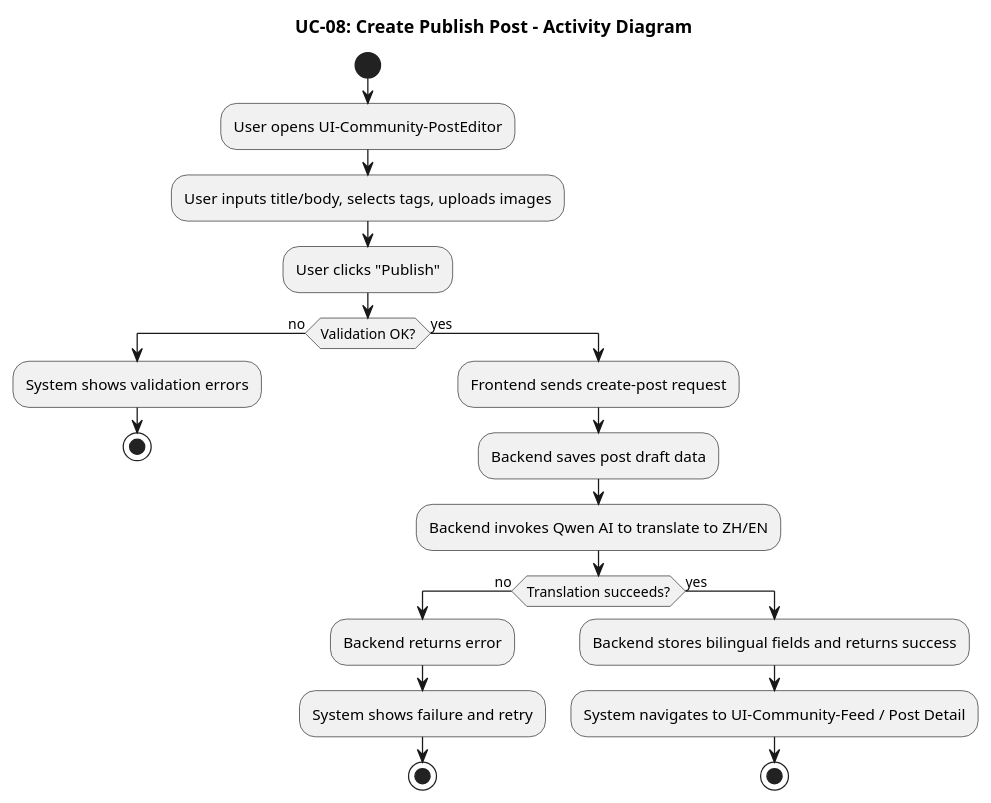
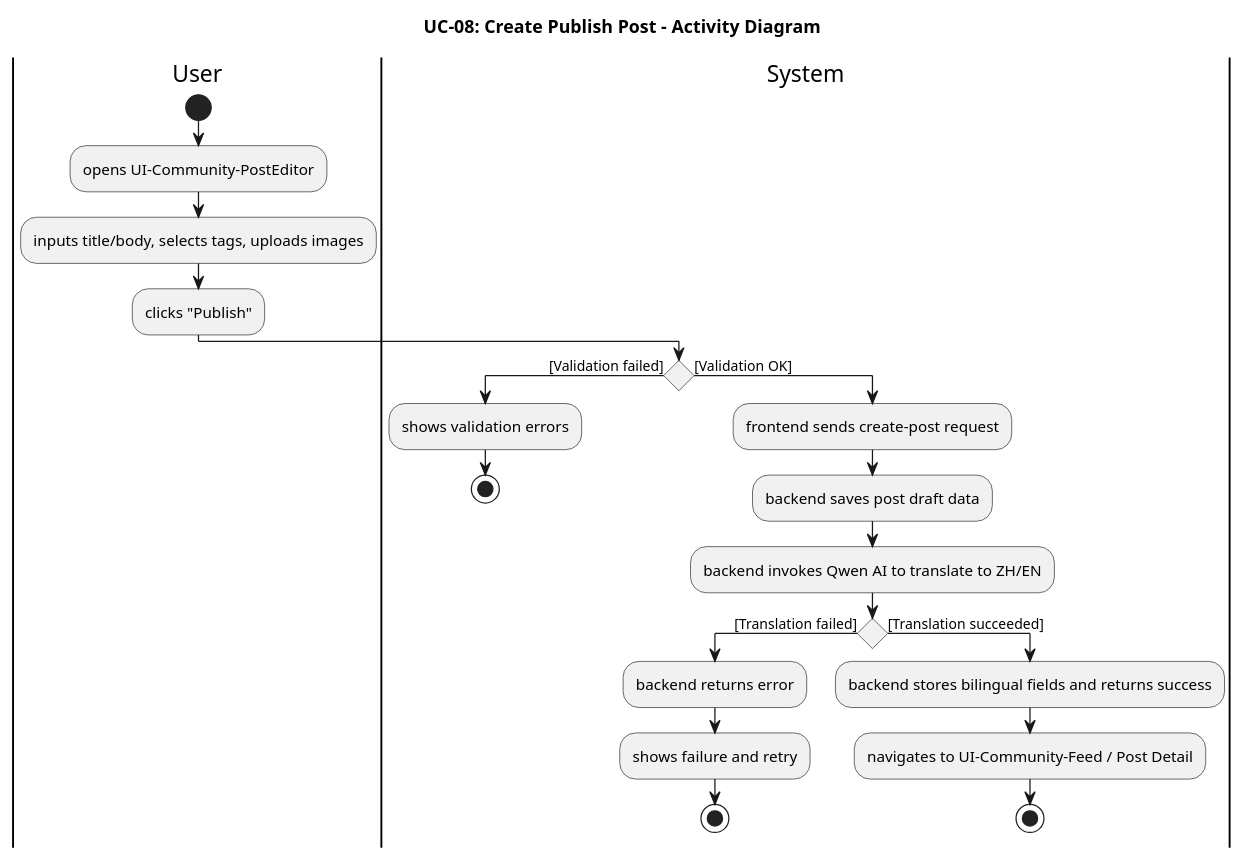
One commit to pzyllll/BridgeU changed the tenth of 27 diagrams in springboot-backend/BridgeU-SRS.md. Above: the diagram before and after it, drawn with PlantUML. The commit also changed other lines of this file and 5 other files, not shown here.

````diff
--- a/springboot-backend/BridgeU-SRS.md
+++ b/springboot-backend/BridgeU-SRS.md
@@ -1504,27 +1621,31 @@
 ```plantuml
 @startuml UC08_Activity_Diagram
 title UC-08: Create Publish Post - Activity Diagram
 
+|User|
 start
-:User opens UI-Community-PostEditor;
-:User inputs title/body, selects tags, uploads images;
-:User clicks "Publish";
-if (Validation OK?) then (no)
-  :System shows validation errors;
+:opens UI-Community-PostEditor;
+:inputs title/body, selects tags, uploads images;
+:clicks "Publish";
+
+|System|
+if () then ([Validation failed])
+  :shows validation errors;
   stop
-else (yes)
-  :Frontend sends create-post request;
-  :Backend saves post draft data;
-  :Backend invokes Qwen AI to translate to ZH/EN;
-  if (Translation succeeds?) then (no)
-    :Backend returns error;
-    :System shows failure and retry;
+else ([Validation OK])
+  :frontend sends create-post request;
+  :backend saves post draft data;
+  :backend invokes Qwen AI to translate to ZH/EN;
+  
+  if () then ([Translation failed])
+    :backend returns error;
+    :shows failure and retry;
     stop
-  else (yes)
-    :Backend stores bilingual fields and returns success;
-    :System navigates to UI-Community-Feed / Post Detail;
+  else ([Translation succeeded])
+    :backend stores bilingual fields and returns success;
+    :navigates to UI-Community-Feed / Post Detail;
     stop
   endif
 endif
 @enduml
 ```
````
